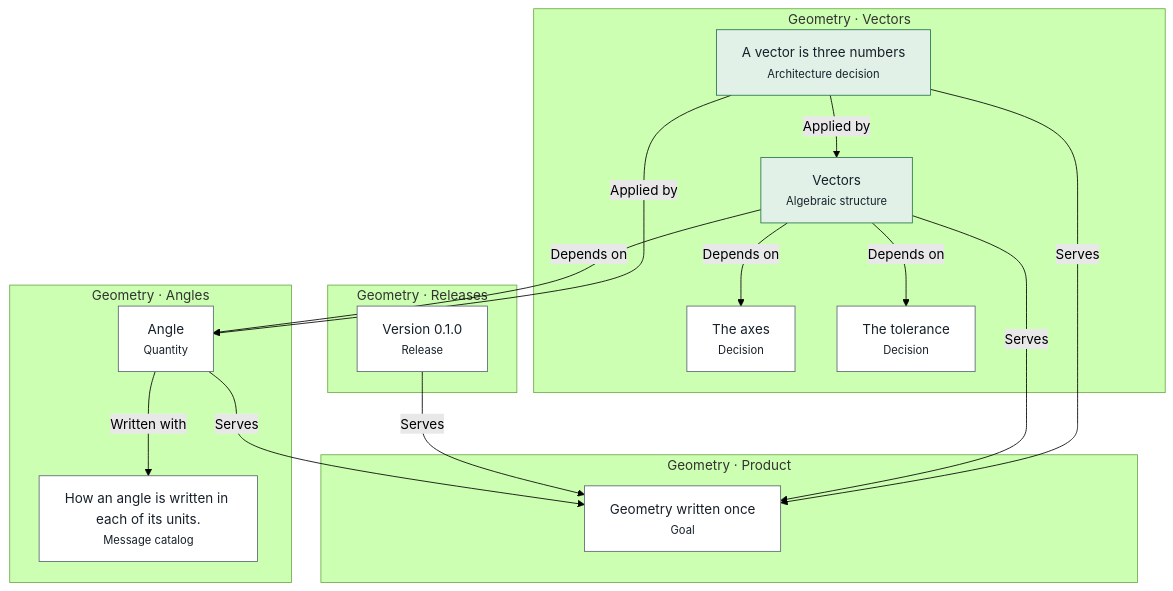
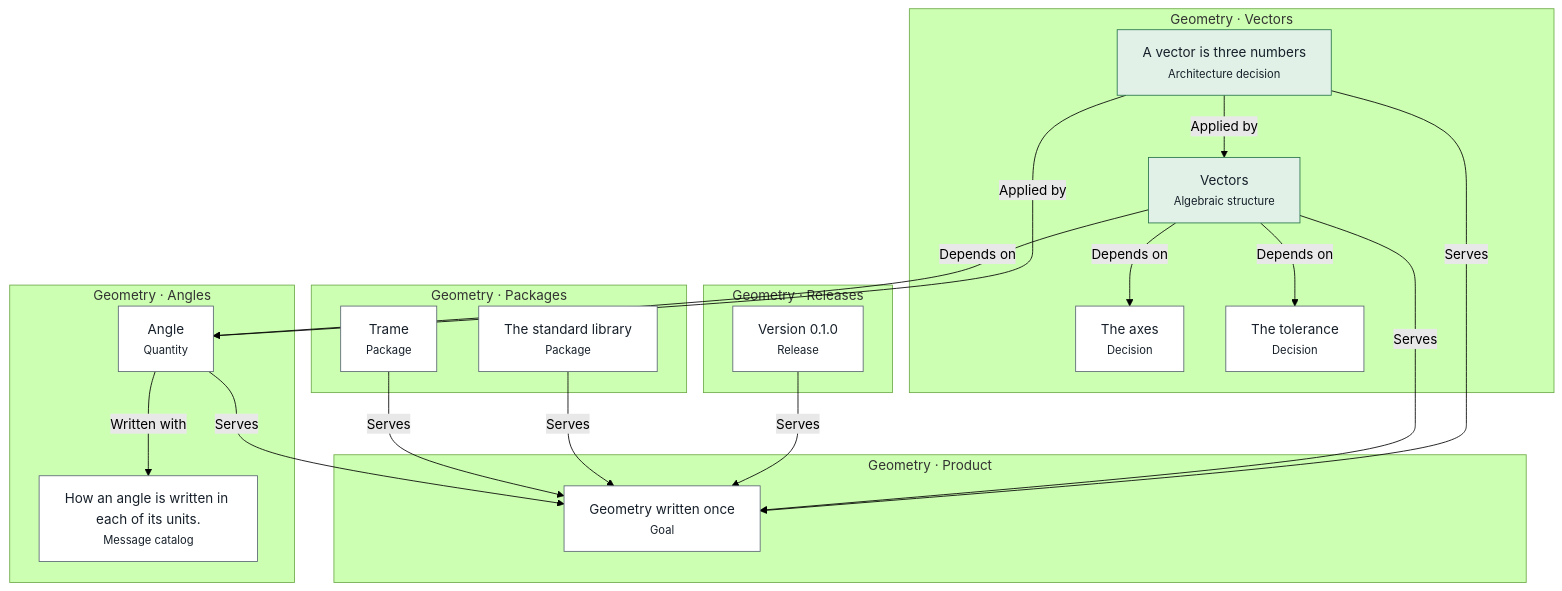
Before and after one commit to advancedcognitivesystems-ai/trame: the diagram in libs/geometry/docs/layers.md, drawn with Mermaid (forest theme). The commit also changed 36 other files, not shown here.

First line of the commit message:
References in the graph: Trame (std 0.13.0), geometry and ci derive their configuration

````diff
--- a/libs/geometry/docs/layers.md
+++ b/libs/geometry/docs/layers.md
@@ -5,34 +5,40 @@
 ```mermaid
 flowchart TB
   subgraph angles["Geometry · Angles"]
     n0["Angle<br/><small>Quantity</small>"]:::neutral
     n1["How an angle is written in each of its units.<br/><small>Message catalog</small>"]:::neutral
   end
+  subgraph packages["Geometry · Packages"]
+    n2["Trame<br/><small>Package</small>"]:::neutral
+    n3["The standard library<br/><small>Package</small>"]:::neutral
+  end
   subgraph product["Geometry · Product"]
-    n2["Geometry written once<br/><small>Goal</small>"]:::neutral
+    n4["Geometry written once<br/><small>Goal</small>"]:::neutral
   end
   subgraph releases["Geometry · Releases"]
-    n3["Version 0.1.0<br/><small>Release</small>"]:::neutral
+    n5["Version 0.1.0<br/><small>Release</small>"]:::neutral
   end
   subgraph vectors["Geometry · Vectors"]
-    n4["The axes<br/><small>Decision</small>"]:::neutral
-    n5["The tolerance<br/><small>Decision</small>"]:::neutral
-    n6["Vectors<br/><small>Algebraic structure</small>"]:::held
-    n7["A vector is three numbers<br/><small>Architecture decision</small>"]:::held
+    n6["The axes<br/><small>Decision</small>"]:::neutral
+    n7["The tolerance<br/><small>Decision</small>"]:::neutral
+    n8["Vectors<br/><small>Algebraic structure</small>"]:::held
+    n9["A vector is three numbers<br/><small>Architecture decision</small>"]:::held
   end
   n0 -->|Written with| n1
-  n0 -->|Serves| n2
-  n3 -->|Serves| n2
-  n6 -->|Serves| n2
-  n6 -->|Depends on| n4
-  n6 -->|Depends on| n5
-  n6 -->|Depends on| n0
-  n7 -->|Serves| n2
-  n7 -->|Applied by| n6
-  n7 -->|Applied by| n0
+  n0 -->|Serves| n4
+  n2 -->|Serves| n4
+  n3 -->|Serves| n4
+  n5 -->|Serves| n4
+  n8 -->|Serves| n4
+  n8 -->|Depends on| n6
+  n8 -->|Depends on| n7
+  n8 -->|Depends on| n0
+  n9 -->|Serves| n4
+  n9 -->|Applied by| n8
+  n9 -->|Applied by| n0
   classDef held fill:#e1f1e7,stroke:#26734a,color:#17202a
   classDef blocked fill:#fbf0d9,stroke:#9a6200,color:#17202a
   classDef violated fill:#f9e3e1,stroke:#ad2a22,color:#17202a
   classDef unknown fill:#e9edf0,stroke:#65707c,color:#17202a
   classDef neutral fill:#ffffff,stroke:#5a6672,color:#17202a
 ```
````
